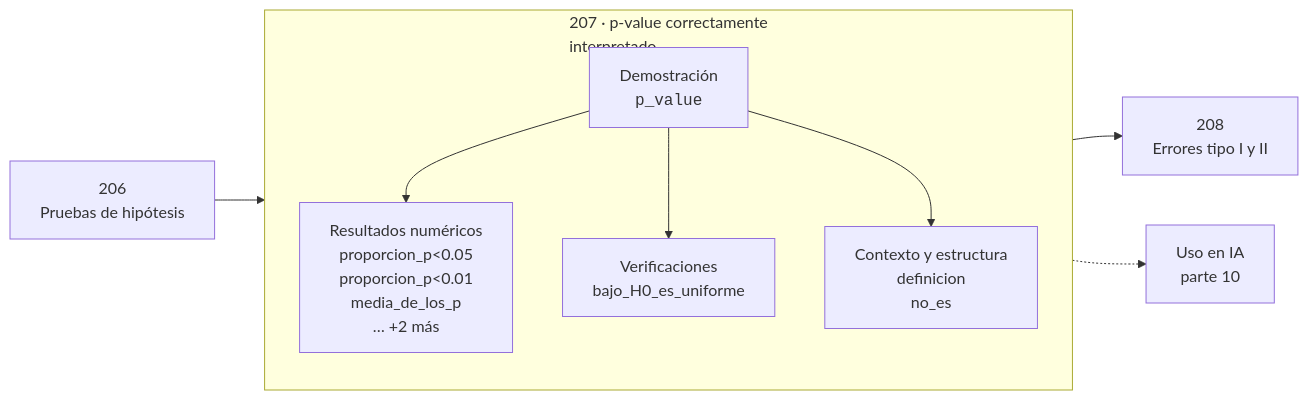
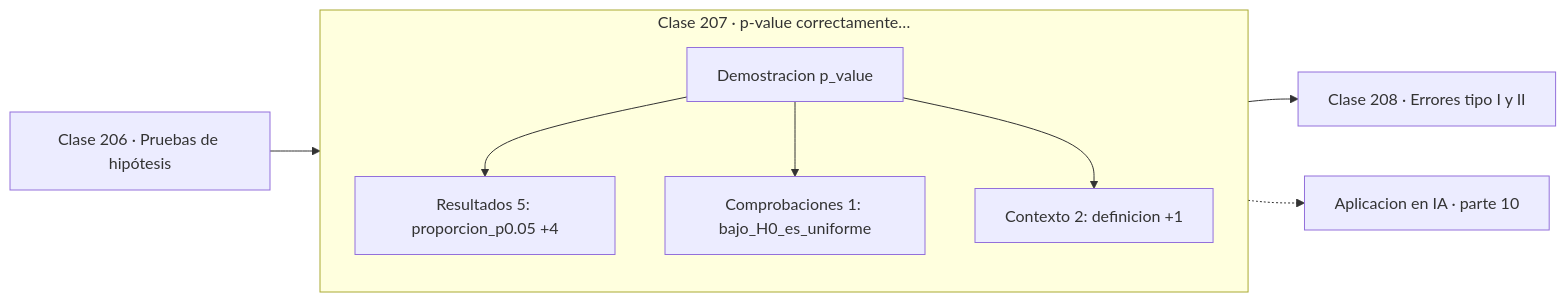
One commit to vladimiracunadev-create/computational-mathematics-program changed the diagram in classes/part-10-estadistica-e-inferencia/207-p-value-correctamente-interpretado/README.md. Above: the diagram before and after it, drawn with Mermaid. The commit also changed 389 other files, not shown here.

First line of the commit message:
fix(diagramas): elimina el HTML de las etiquetas Mermaid

````diff
--- a/classes/part-10-estadistica-e-inferencia/207-p-value-correctamente-interpretado/README.md
+++ b/classes/part-10-estadistica-e-inferencia/207-p-value-correctamente-interpretado/README.md
@@ -30,12 +30,13 @@
 ```mermaid
 flowchart LR
-    P["206<br/>Pruebas de hipótesis"] --> C
-    subgraph C["207 · p-value correctamente<br/>interpretado"]
+    P["Clase 206 · Pruebas de hipótesis"] --> D
+    subgraph CLASE["Clase 207 · p-value correctamente…"]
         direction TB
-        D["Demostración<br/><code>p_value</code>"] --> R["Resultados numéricos<br/>proporcion_p<0.05<br/>proporcion_p<0.01<br/>media_de_los_p<br/>… +2 más"]
-        D --> V["Verificaciones<br/>bajo_H0_es_uniforme"]
-        D --> O["Contexto y estructura<br/>definicion<br/>no_es"]
+        D["Demostracion p_value"]
+        D --> R["Resultados 5: proporcion_p0.05 +4"]
+        D --> V["Comprobaciones 1: bajo_H0_es_uniforme"]
+        D --> O["Contexto 2: definicion +1"]
     end
-    C --> N["208<br/>Errores tipo I y II"]
-    C -.-> IA["Uso en IA<br/>parte 10"]
+    R --> N["Clase 208 · Errores tipo I y II"]
+    V -.-> IA["Aplicacion en IA · parte 10"]
 ```
````
